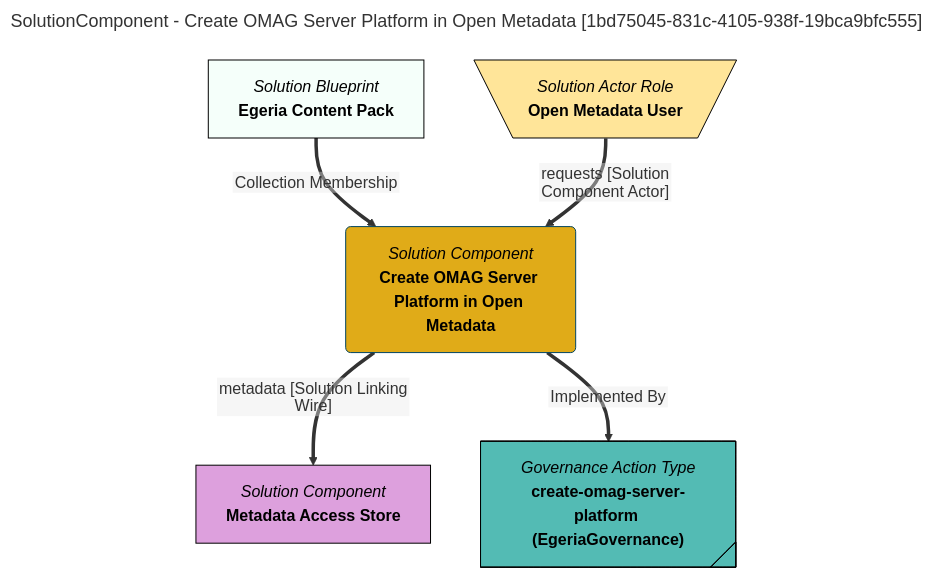
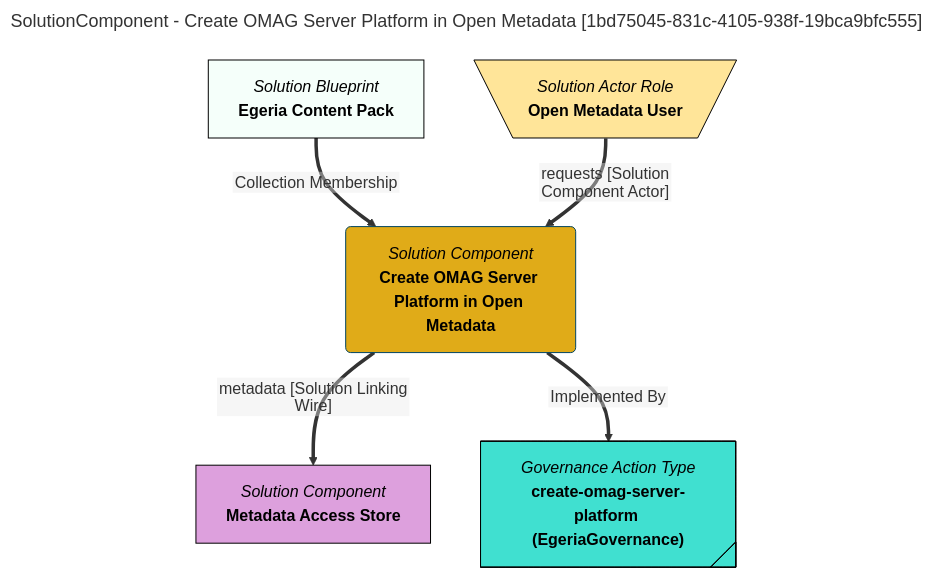
The diagram in site/snippets/blueprints/components/create-omag-server-platform-mermaid-graph.md (odpi/egeria-docs), drawn with Mermaid before and after one commit. The commit also changed 2201 other files, not shown here.

````diff
--- a/site/snippets/blueprints/components/create-omag-server-platform-mermaid-graph.md
+++ b/site/snippets/blueprints/components/create-omag-server-platform-mermaid-graph.md
@@ -1,29 +1,29 @@
 ```mermaid
 ---
 title: SolutionComponent - Create OMAG Server Platform in Open Metadata [1bd75045-831c-4105-938f-19bca9bfc555]
 ---
 flowchart TD
 %%{init: {"flowchart": {"htmlLabels": false}} }%%
 
 1@{ shape: rounded, label: "*Solution Component*
 **Create OMAG Server Platform in Open Metadata**"}
 2@{ shape: rect, label: "*Solution Blueprint*
 **Egeria Content Pack**"}
 2==>|"Collection Membership"|1
 3@{ shape: trap-t, label: "*Solution Actor Role*
 **Open Metadata User**"}
 3==>|"requests [Solution Component Actor]"|1
 4@{ shape: rect, label: "*Solution Component*
 **Metadata Access Store**"}
 1==>|"metadata [Solution Linking Wire]"|4
 5@{ shape: tag-rect, label: "*Governance Action Type*
 **create-omag-server-platform (EgeriaGovernance)**"}
 1==>|"Implemented By"|5
 style 1 color:#000000, fill:#e0ab18, stroke:#004563
 style 2 color:#000000, fill:#f5fffa, stroke:#000000
 style 3 color:#000000, fill:#FFE599, stroke:#000000
-style 4 color:#000000, fill:#dda0dd, stroke:#000000
-style 5 color:#000000, fill:#53bbb4, stroke:#000000
+style 4 color:#000000, fill:#DDA0DD, stroke:#000000
+style 5 color:#000000, fill:#40E0D0, stroke:#000000
 click 1 "https://egeria-project.org/concepts/governance-action-type/" "Click for more documentation" _blank
 click 4 "https://egeria-project.org/concepts/metadata-access-store/" "Click for more documentation" _blank
 ```
````
